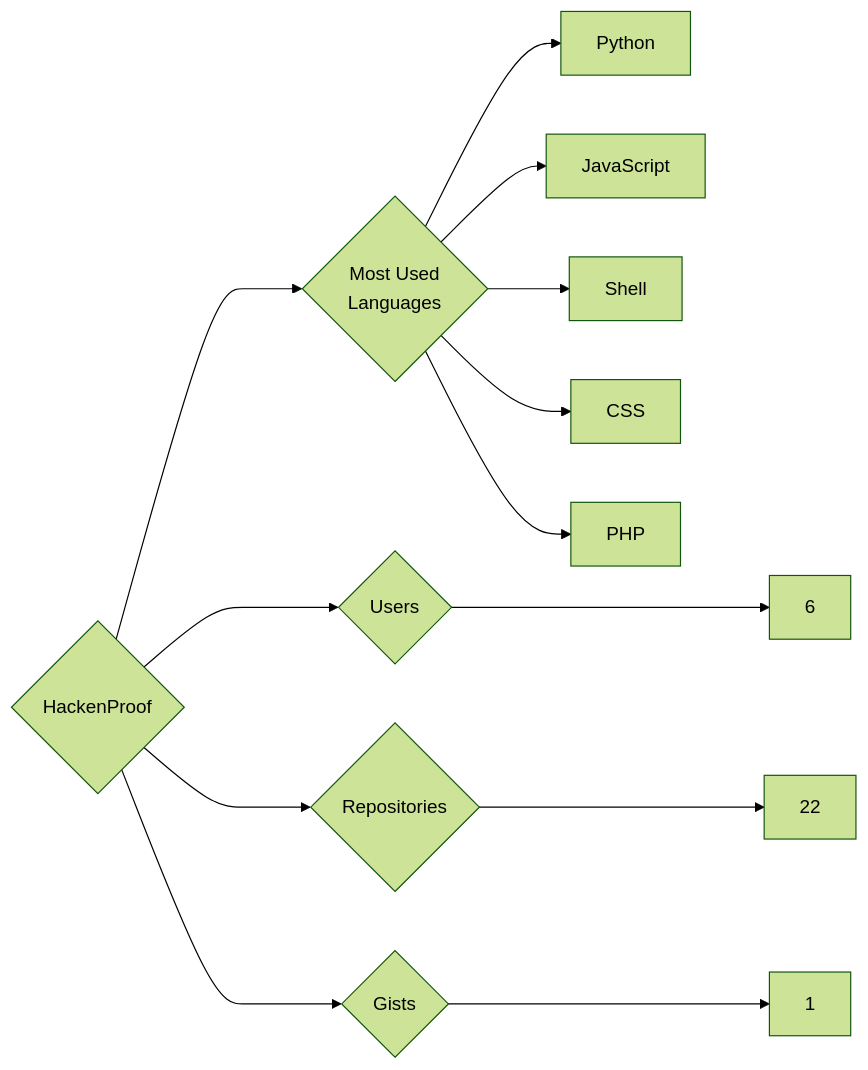
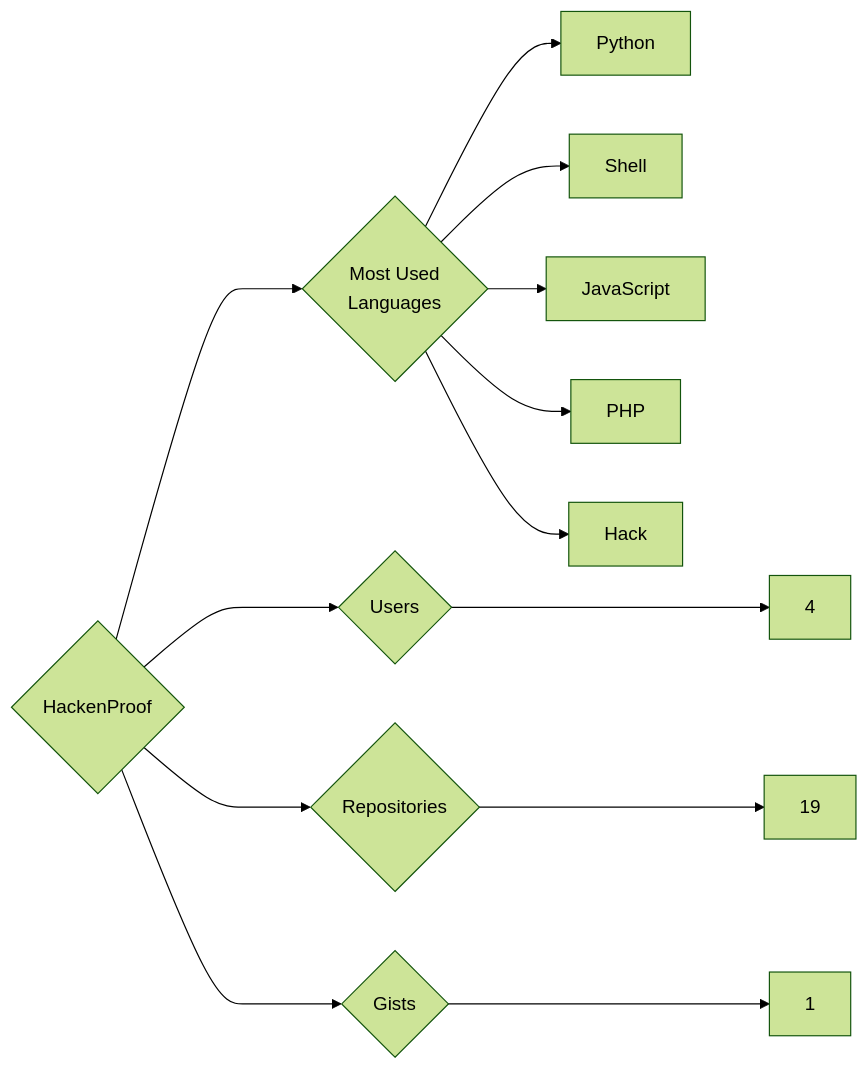
Before and after one commit to trickest/insiders: the diagram in targets/HackenProof/README.md, drawn with Mermaid (forest theme). The commit also changed 1092 other files, not shown here.

````diff
--- a/targets/HackenProof/README.md
+++ b/targets/HackenProof/README.md
@@ -3,13 +3,13 @@
 ```mermaid
 graph LR
 COMPANY_NAME{HackenProof}
-COMPANY_NAME ---> U{Users} ---> UN[6]
-COMPANY_NAME ---> R{Repositories} ---> RN[22]
+COMPANY_NAME ---> U{Users} ---> UN[4]
+COMPANY_NAME ---> R{Repositories} ---> RN[19]
 COMPANY_NAME ---> G{Gists} ---> GN[1]
 COMPANY_NAME ---> ML{Most Used<br>Languages}
 ML --> Python[Python]
+ML --> Shell[Shell]
 ML --> JavaScript[JavaScript]
-ML --> Shell[Shell]
-ML --> CSS[CSS]
 ML --> PHP[PHP]
+ML --> Hack[Hack]
 ```
````
